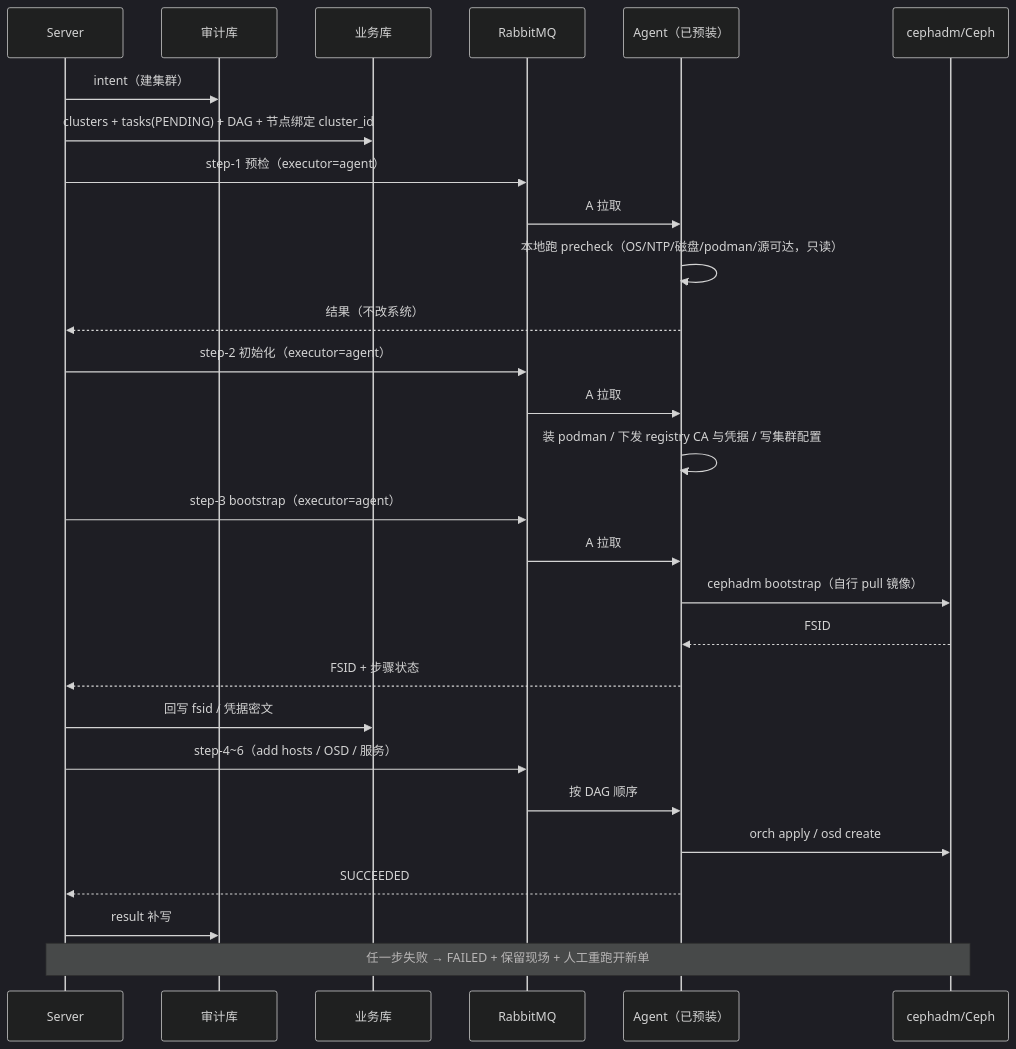
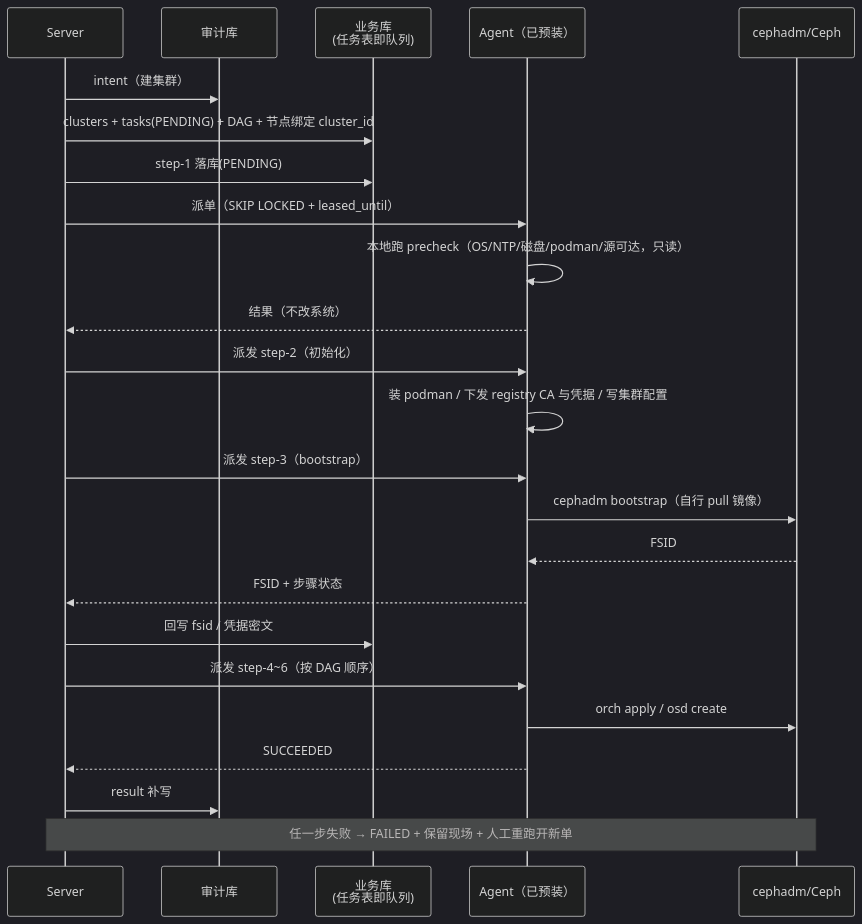
The seventh of 19 diagrams in docs/02-研发线/04-架构师/架构时序与数据流图册.md (lnsyyj/winter), drawn with Mermaid (dark theme) before and after one commit. The commit also changed other lines of this file and 17 other files, not shown here.

First line of the commit message:
docs(arch): 取消 RabbitMQ，改用 PG 任务表 + SKIP LOCKED（ADR-36）

````diff
--- a/docs/02-研发线/04-架构师/架构时序与数据流图册.md
+++ b/docs/02-研发线/04-架构师/架构时序与数据流图册.md
@@ -225,31 +222,27 @@
 ```mermaid
 sequenceDiagram
     participant S as Server
     participant ADB as 审计库
-    participant PG as 业务库
-    participant MQ as RabbitMQ
+    participant PG as 业务库<br/>(任务表即队列)
     participant A as Agent（已预装）
     participant CE as cephadm/Ceph
 
     S->>ADB: intent（建集群）
     S->>PG: clusters + tasks(PENDING) + DAG + 节点绑定 cluster_id
-    S->>MQ: step-1 预检（executor=agent）
-    MQ->>A: A 拉取
+    S->>PG: step-1 落库(PENDING)
+    S->>A: 派单（SKIP LOCKED + leased_until）
     A->>A: 本地跑 precheck（OS/NTP/磁盘/podman/源可达，只读）
     A-->>S: 结果（不改系统）
-    S->>MQ: step-2 初始化（executor=agent）
-    MQ->>A: A 拉取
+    S->>A: 派发 step-2（初始化）
     A->>A: 装 podman / 下发 registry CA 与凭据 / 写集群配置
-    S->>MQ: step-3 bootstrap（executor=agent）
-    MQ->>A: A 拉取
+    S->>A: 派发 step-3（bootstrap）
     A->>CE: cephadm bootstrap（自行 pull 镜像）
     CE-->>A: FSID
     A-->>S: FSID + 步骤状态
     S->>PG: 回写 fsid / 凭据密文
-    S->>MQ: step-4~6（add hosts / OSD / 服务）
-    MQ->>A: 按 DAG 顺序
+    S->>A: 派发 step-4~6（按 DAG 顺序）
     A->>CE: orch apply / osd create
     A-->>S: SUCCEEDED
     S->>ADB: result 补写
     Note over S,CE: 任一步失败 → FAILED + 保留现场 + 人工重跑开新单
 ```
````
